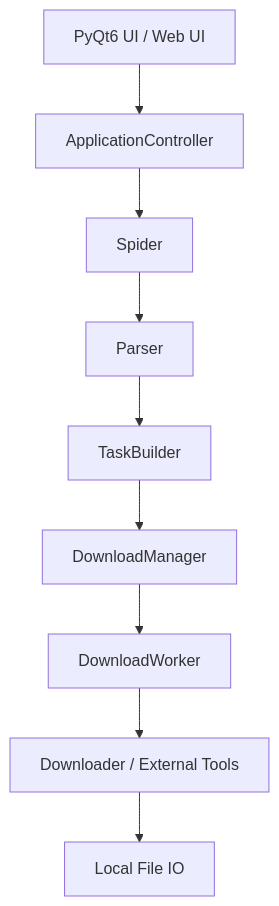
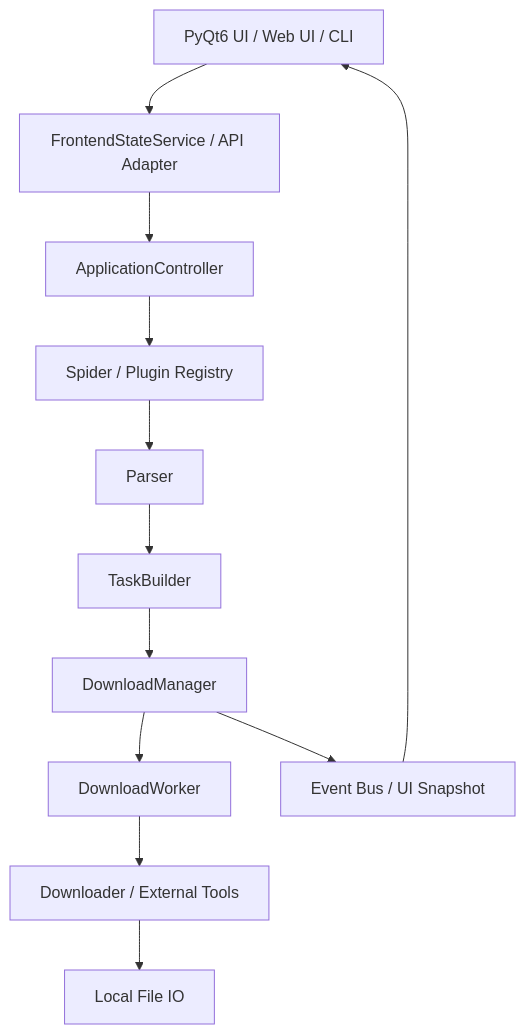
Before and after one commit to haohaizi554/UniversalCrawler: the diagram in README.md, drawn with Mermaid. The commit also changed other lines of this file and 39 other files, not shown here.

````diff
--- a/README.md
+++ b/README.md
@@ -440,11 +469,14 @@
 ```mermaid
 graph TD
-    UI[PyQt6 UI / Web UI] --> CTRL[ApplicationController]
-    CTRL --> SPIDER[Spider]
+    UI[PyQt6 UI / Web UI / CLI] --> FSS[FrontendStateService / API Adapter]
+    FSS --> CTRL[ApplicationController]
+    CTRL --> SPIDER[Spider / Plugin Registry]
     SPIDER --> PARSER[Parser]
     PARSER --> BUILDER[TaskBuilder]
     BUILDER --> MANAGER[DownloadManager]
     MANAGER --> WORKER[DownloadWorker]
     WORKER --> DOWNLOADER[Downloader / External Tools]
     DOWNLOADER --> IO[Local File IO]
+    MANAGER --> EVENT[Event Bus / UI Snapshot]
+    EVENT --> UI
 ```
````
